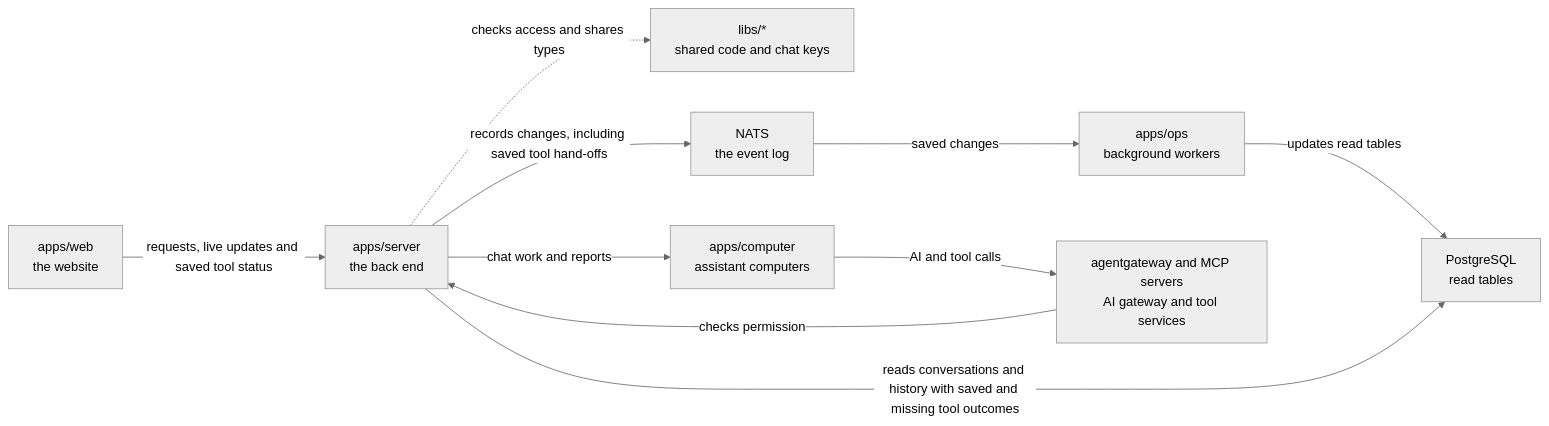
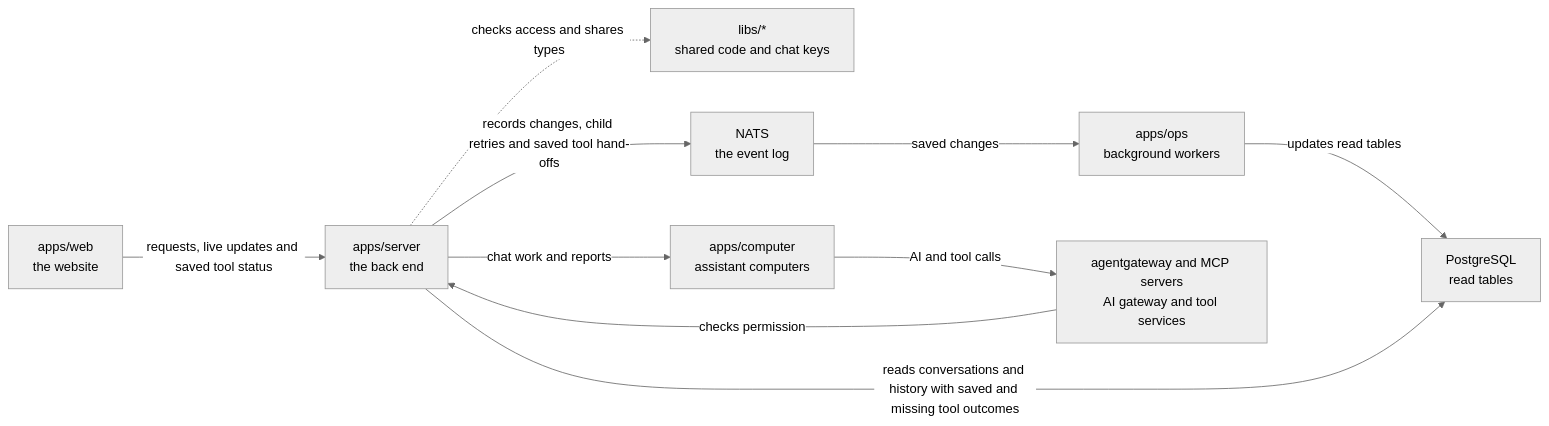
The diagram in apps/server/README.md (elewa-git/opencrane-new), drawn with Mermaid (neutral theme) before and after one commit. The commit also changed other lines of this file and 26 other files, not shown here.

Commit message:
🔁 Let requesters retry saved child start failures while children stay held

````diff
--- a/apps/server/README.md
+++ b/apps/server/README.md
@@ -26,12 +26,12 @@
 ```mermaid
 flowchart LR
   web["apps/web<br/>the website"] -->|requests, live updates and saved tool status| server["apps/server<br/>the back end"]
   server -.->|checks access and shares types| libs["libs/*<br/>shared code and chat keys"]
-  server -->|records changes, including saved tool hand-offs| nats["NATS<br/>the event log"]
+  server -->|records changes, child retries and saved tool hand-offs| nats["NATS<br/>the event log"]
   nats -->|saved changes| ops["apps/ops<br/>background workers"]
   ops -->|updates read tables| postgres["PostgreSQL<br/>read tables"]
   server -->|reads conversations and history with saved and missing tool outcomes| postgres
   server -->|chat work and reports| computer["apps/computer<br/>assistant computers"]
   computer -->|AI and tool calls| runtime["agentgateway and MCP servers<br/>AI gateway and tool services"]
   runtime -->|checks permission| server
 ```
````
